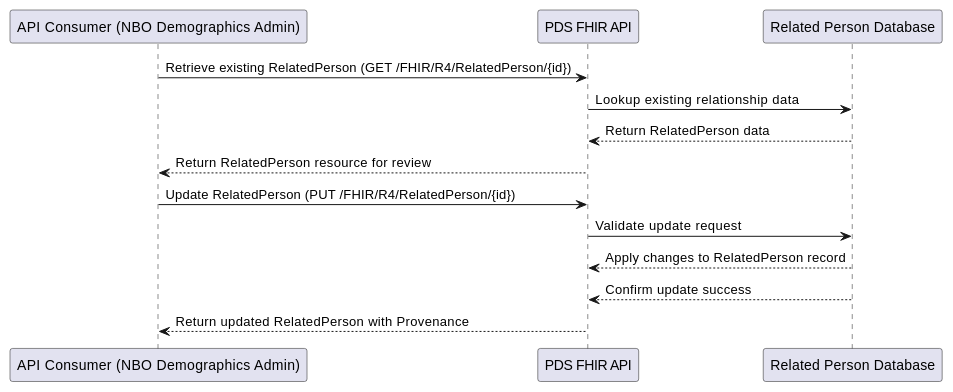
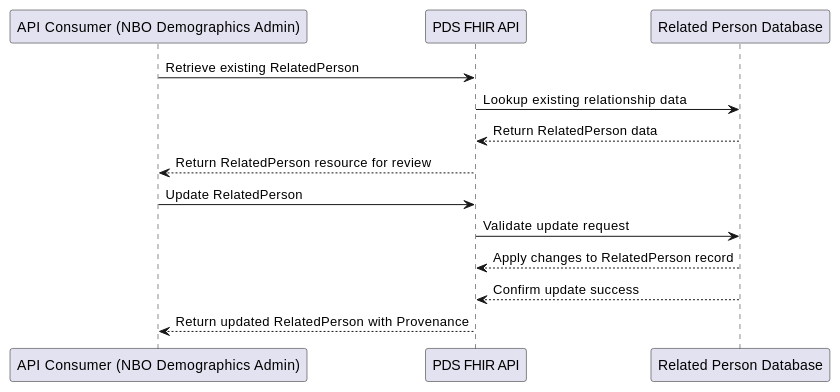
Before and after one commit to NHSDigital/IOPS-FHIR-Simplifier-Backup: the diagram in NHSEnglandProgrammeImplementationGuides/backup/guides/PDS-RelatedPerson/Home/Design/Scenario-Modify-a-Relationship/Index.page.md, drawn with PlantUML. The commit also changed 16 other files, not shown here.

```diff
--- a/NHSEnglandProgrammeImplementationGuides/backup/guides/PDS-RelatedPerson/Home/Design/Scenario-Modify-a-Relationship/Index.page.md
+++ b/NHSEnglandProgrammeImplementationGuides/backup/guides/PDS-RelatedPerson/Home/Design/Scenario-Modify-a-Relationship/Index.page.md
@@ -19,17 +19,17 @@
 @startuml
 participant "API Consumer (NBO Demographics Admin)" as API
 participant "PDS FHIR API" as PDS
 participant "Related Person Database" as DB
 
-API -> PDS: Retrieve existing RelatedPerson (GET /FHIR/R4/RelatedPerson/{id})
+API -> PDS: Retrieve existing RelatedPerson
 PDS -> DB: Lookup existing relationship data
 DB --> PDS: Return RelatedPerson data
 PDS --> API: Return RelatedPerson resource for review
 
-API -> PDS: Update RelatedPerson (PUT /FHIR/R4/RelatedPerson/{id})
+API -> PDS: Update RelatedPerson
 PDS -> DB: Validate update request
 DB --> PDS: Apply changes to RelatedPerson record
 DB --> PDS: Confirm update success
 
 PDS --> API: Return updated RelatedPerson with Provenance
 @enduml
```
